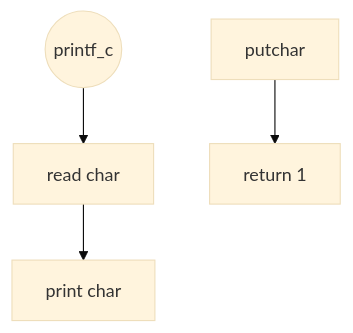
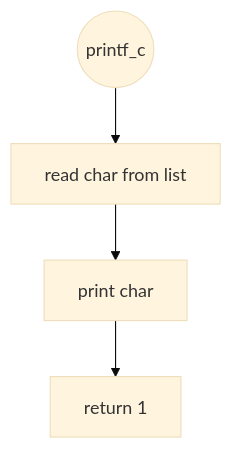
Before and after one commit to alexandre-mouysset/holbertonschool-printf: the diagram in flowchart/printf_c.md, drawn with Mermaid (base theme). The commit also changed 7 other files, not shown here.

Commit message:
feat: added flowchart, man for advanced task

````diff
--- a/flowchart/printf_c.md
+++ b/flowchart/printf_c.md
@@ -1,6 +1,6 @@
 ```mermaid
 flowchart TD
-    start((printf_c)) --> getchar[read char]
+    start((printf_c)) --> getchar[read char from list   ]
     getchar --> printchar[print char]
-    putchar --> returnchar[return 1]
+    printchar --> returnchar[return 1]
 ```
````
